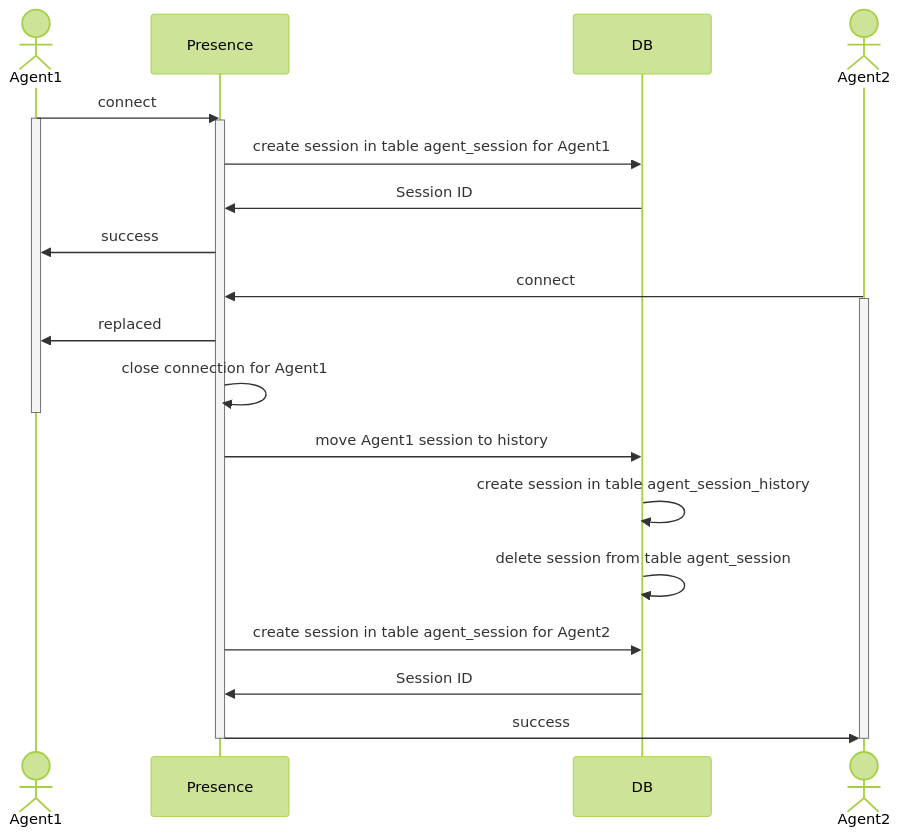
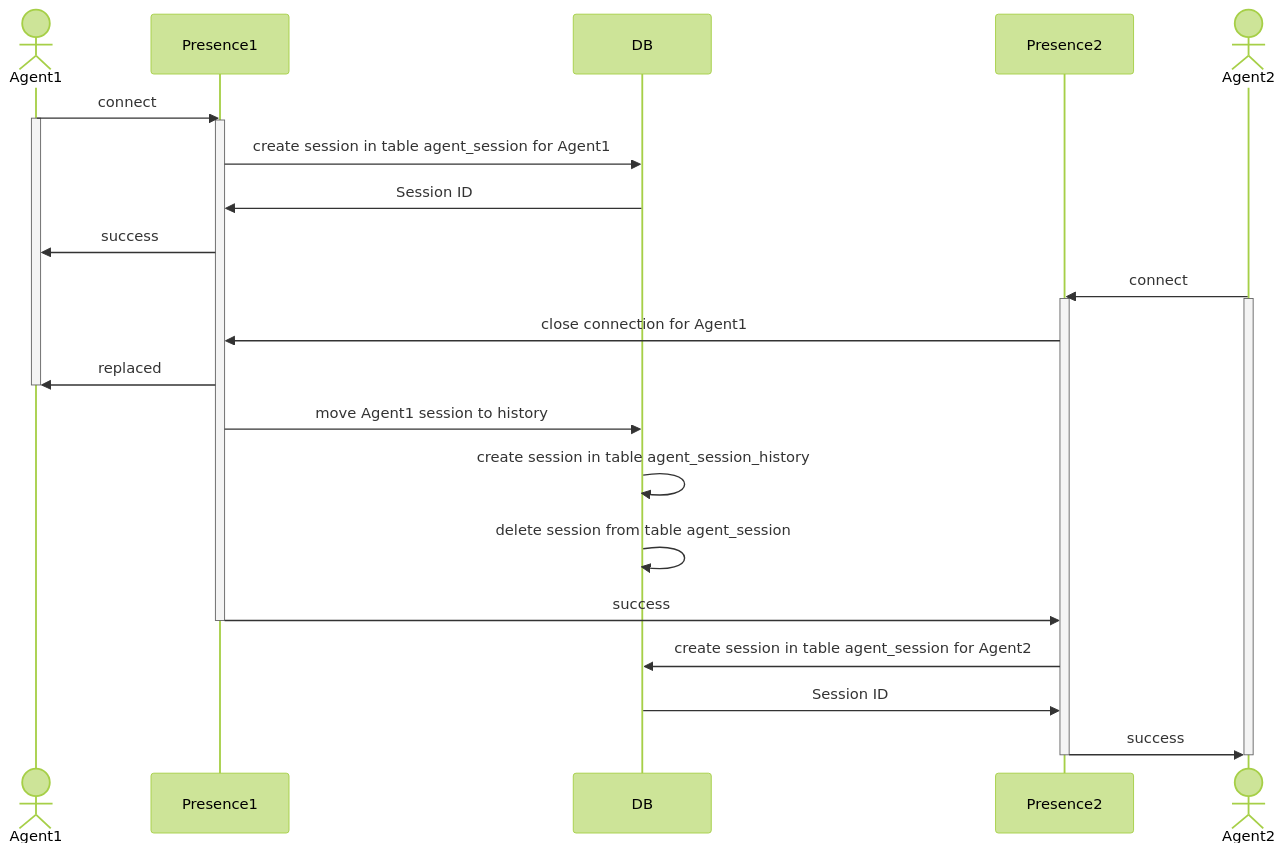
The third of 6 diagrams in docs/src/session/errors.md (foxford/presence), drawn with Mermaid (forest theme) before and after one commit. The commit also changed 2 other files, not shown here.

Commit message:
[ULMS-1911] Update errors

````diff
--- a/docs/src/session/errors.md
+++ b/docs/src/session/errors.md
@@ -81,27 +81,31 @@
 ```mermaid
 sequenceDiagram
     actor Agent1
-    participant Presence
+    participant Presence1
     participant DB
+    participant Presence2
     actor Agent2
 
-    Agent1 ->> Presence: connect
+    Agent1 ->> Presence1: connect
     activate Agent1
-    activate Presence
-    Presence ->> DB: create session in table agent_session for Agent1
-    DB ->> Presence: Session ID
-    Presence ->> Agent1: success
-    Agent2 ->> Presence: connect
+    activate Presence1
+    Presence1 ->> DB: create session in table agent_session for Agent1
+    DB ->> Presence1: Session ID
+    Presence1 ->> Agent1: success
+    Agent2 ->> Presence2: connect
     activate Agent2
-    Presence ->> Agent1: replaced
-    Presence ->> Presence: close connection for Agent1
+    activate Presence2
+    Presence2 ->> Presence1: close connection for Agent1
+    Presence1 ->> Agent1: replaced
     deactivate Agent1
-    Presence ->> DB: move Agent1 session to history
+    Presence1 ->> DB: move Agent1 session to history
     DB ->> DB: create session in table agent_session_history
     DB ->> DB: delete session from table agent_session
-    Presence ->> DB: create session in table agent_session for Agent2
-    DB ->> Presence: Session ID
-    Presence ->> Agent2: success
+    Presence1 ->> Presence2: success
+    deactivate Presence1
+    Presence2 ->> DB: create session in table agent_session for Agent2
+    DB ->> Presence2: Session ID
+    Presence2 ->> Agent2: success
     deactivate Agent2
-    deactivate Presence
+    deactivate Presence2
 ```
````
